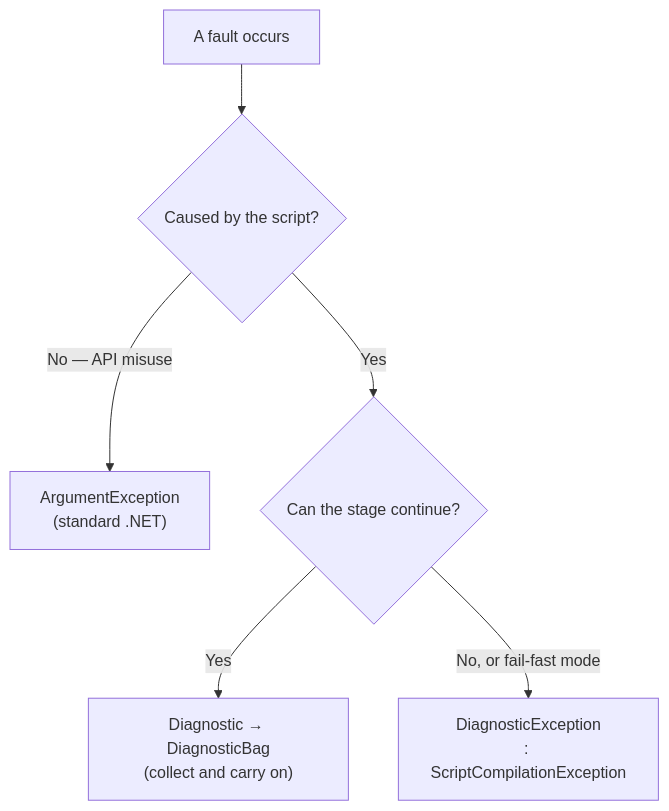
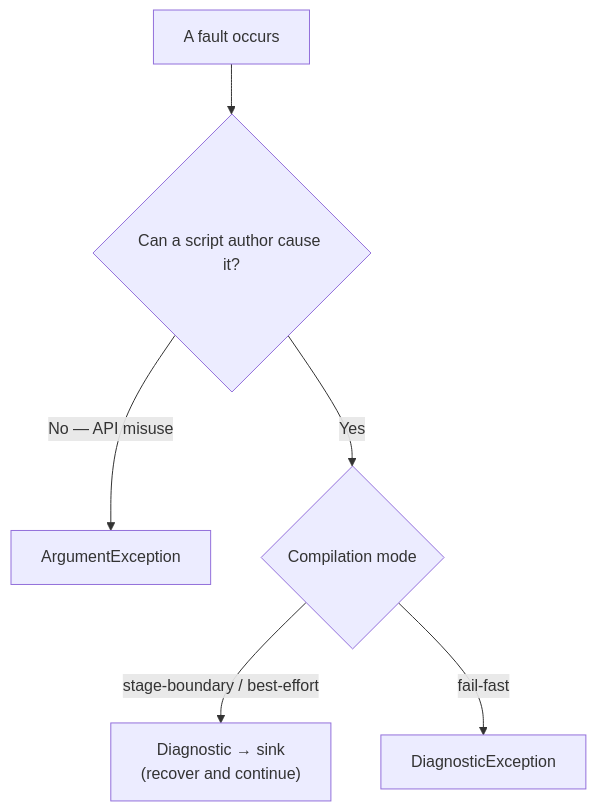
One commit to pengzhengyi/dialoguedown changed the diagram in docs/contributing/design-notes/core/Error Model.md. Above: the diagram before and after it, drawn with Mermaid. The commit also changed other lines of this file and 124 other files, not shown here.

````diff
--- a/docs/contributing/design-notes/core/Error Model.md
+++ b/docs/contributing/design-notes/core/Error Model.md
@@ -35,8 +20,8 @@
 ```mermaid
 flowchart TB
-    F["A fault occurs"] --> Q1{"Caused by the script?"}
-    Q1 -->|"No — API misuse"| U["ArgumentException<br/>(standard .NET)"]
-    Q1 -->|Yes| Q2{"Can the stage continue?"}
-    Q2 -->|Yes| D["Diagnostic → DiagnosticBag<br/>(collect and carry on)"]
-    Q2 -->|"No, or fail-fast mode"| T["DiagnosticException<br/>: ScriptCompilationException"]
+    F["A fault occurs"] --> Q1{"Can a script author cause it?"}
+    Q1 -->|"No — API misuse"| U["ArgumentException"]
+    Q1 -->|Yes| Q2{"Compilation mode"}
+    Q2 -->|"stage-boundary / best-effort"| D["Diagnostic → sink<br/>(recover and continue)"]
+    Q2 -->|fail-fast| T["DiagnosticException"]
 ```
````
